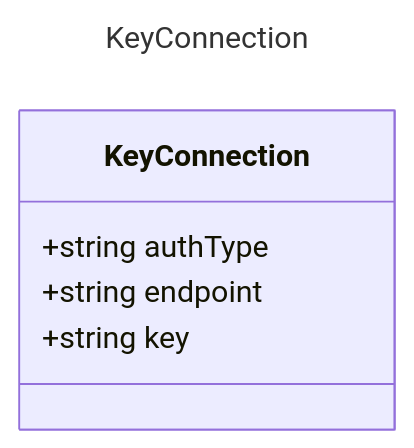
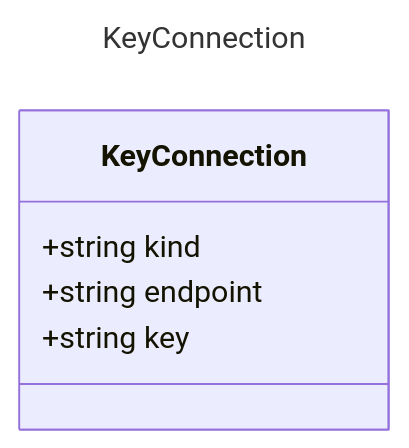
One commit to microsoft/prompty changed the diagram in specification/prompty/docs/KeyConnection.md. Above: the diagram before and after it, drawn with Mermaid. The commit also changed other lines of this file and 27 other files, not shown here.

Commit message:
moved from 'type' to 'kind' throughout the spec

````diff
--- a/specification/prompty/docs/KeyConnection.md
+++ b/specification/prompty/docs/KeyConnection.md
@@ -7,11 +7,11 @@
 ```mermaid
 ---
 title: KeyConnection
 ---
 classDiagram
     class KeyConnection {
-        +string authType
+        +string kind
         +string endpoint
         +string key
     }
 ```
````
